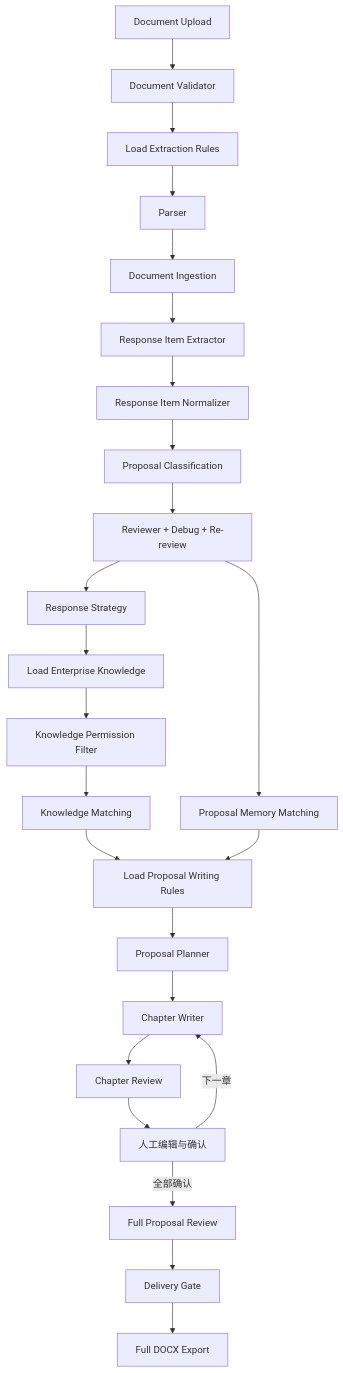
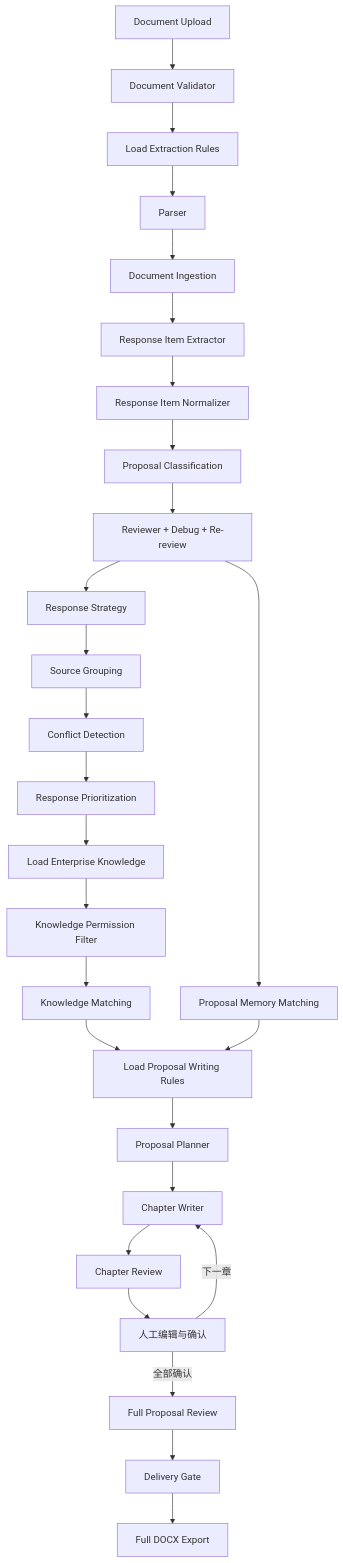
Before and after one commit to angela19990616-alt/bid-agent: the second of 2 diagrams in docs/ARCHITECTURE.md, drawn with Mermaid. The commit also changed other lines of this file and 23 other files, not shown here.

First line of the commit message:
feat: add conflict-aware response prioritization

````diff
--- a/docs/ARCHITECTURE.md
+++ b/docs/ARCHITECTURE.md
@@ -24,26 +24,29 @@
 ```mermaid
 flowchart TD
     A["Document Upload"] --> B["Document Validator"]
     B --> C["Load Extraction Rules"]
     C --> D["Parser"]
     D --> DI["Document Ingestion"]
     DI --> E["Response Item Extractor"]
     E --> EN["Response Item Normalizer"]
     EN --> F["Proposal Classification"]
     F --> FR["Reviewer + Debug + Re-review"]
     FR --> RS["Response Strategy"]
-    RS --> G["Load Enterprise Knowledge"]
+    RS --> SG["Source Grouping"]
+    SG --> CD["Conflict Detection"]
+    CD --> RP["Response Prioritization"]
+    RP --> G["Load Enterprise Knowledge"]
     G --> GP["Knowledge Permission Filter"]
     GP --> H["Knowledge Matching"]
     FR --> PM["Proposal Memory Matching"]
     H --> I["Load Proposal Writing Rules"]
     PM --> I
     I --> J["Proposal Planner"]
     J --> K["Chapter Writer"]
     K --> L["Chapter Review"]
     L --> M["人工编辑与确认"]
     M -->|下一章| K
     M -->|全部确认| PR["Full Proposal Review"]
     PR --> DG["Delivery Gate"]
     DG --> N["Full DOCX Export"]
 ```
````
